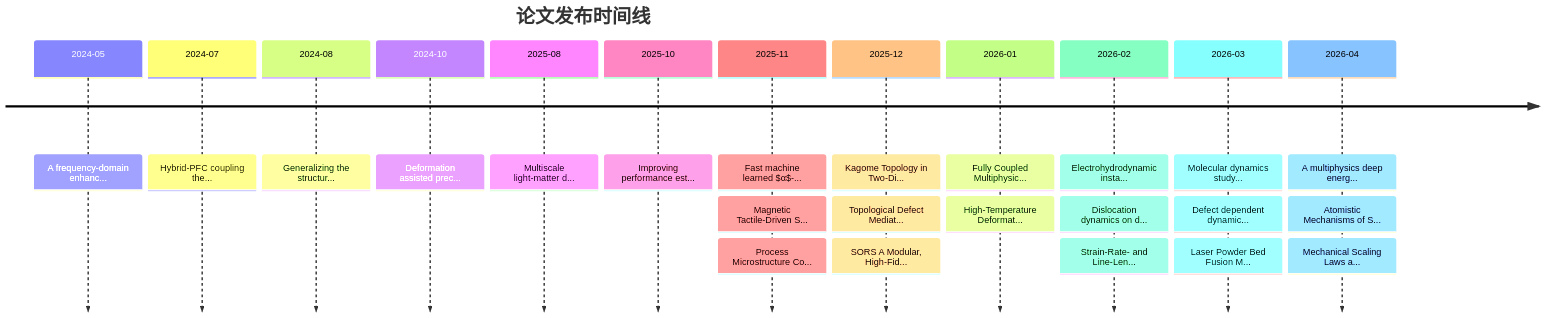
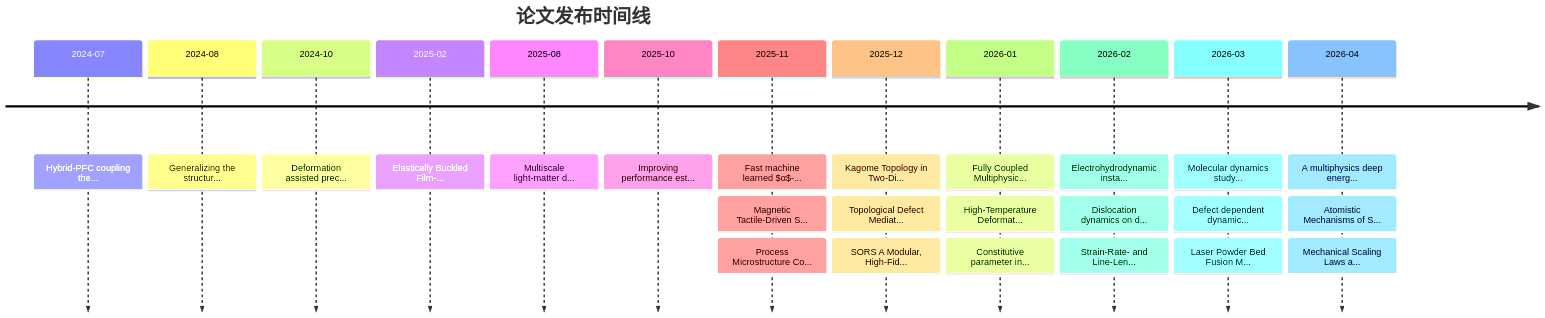
The second of 2 diagrams in reports/knowledge_graph.md (Shirakawa11111/BJK_readpaper), drawn with Mermaid before and after one commit. The commit also changed other lines of this file and 11 other files, not shown here.

````diff
--- a/reports/knowledge_graph.md
+++ b/reports/knowledge_graph.md
@@ -119,16 +119,16 @@
 ```mermaid
 timeline
     title 论文发布时间线
-    2024-05 : A frequency-domain enhanc...
     2024-07 : Hybrid-PFC coupling the...
     2024-08 : Generalizing the structur...
     2024-10 : Deformation assisted prec...
+    2025-02 : Elastically Buckled Film-...
     2025-08 : Multiscale light-matter d...
     2025-10 : Improving performance est...
     2025-11 : Fast machine learned $α$-... : Magnetic Tactile-Driven S... : Process Microstructure Co...
     2025-12 : Kagome Topology in Two-Di... : Topological Defect Mediat... : SORS A Modular, High-Fid...
-    2026-01 : Fully Coupled Multiphysic... : High-Temperature Deformat...
+    2026-01 : Fully Coupled Multiphysic... : High-Temperature Deformat... : Constitutive parameter in...
     2026-02 : Electrohydrodynamic insta... : Dislocation dynamics on d... : Strain-Rate- and Line-Len...
     2026-03 : Molecular dynamics study... : Defect dependent dynamic... : Laser Powder Bed Fusion M...
     2026-04 : A multiphysics deep energ... : Atomistic Mechanisms of S... : Mechanical Scaling Laws a...
 ```
````
